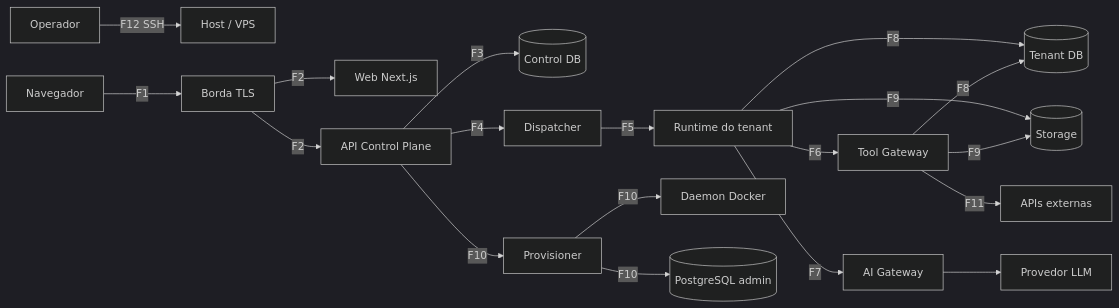
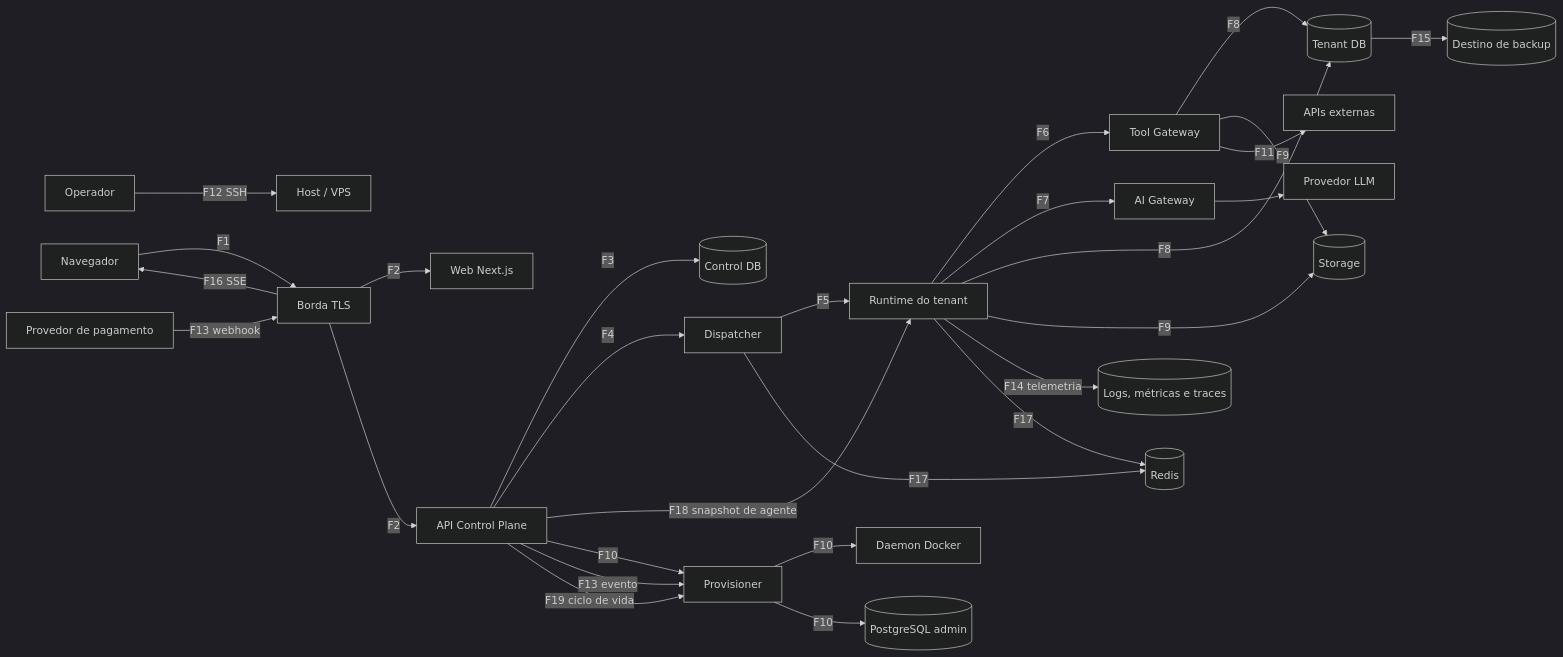
Before and after one commit to ViniciusBernucci/nucleos: the diagram in documentacoes/seguranca/2026-10-25-threat-model-stride-por-fronteira.md, drawn with Mermaid (dark theme). The commit also changed other lines of this file and 3 other files, not shown here.

````diff
--- a/documentacoes/seguranca/2026-10-25-threat-model-stride-por-fronteira.md
+++ b/documentacoes/seguranca/2026-10-25-threat-model-stride-por-fronteira.md
@@ -18,21 +18,30 @@
 ```mermaid
 flowchart LR
   op[Operador] -- F12 SSH --> host[Host / VPS]
   nav[Navegador] -- F1 --> edge[Borda TLS]
+  pay[Provedor de pagamento] -- F13 webhook --> edge
   edge -- F2 --> web[Web Next.js]
   edge -- F2 --> api[API Control Plane]
+  edge -- F16 SSE --> nav
   api -- F3 --> cdb[(Control DB)]
   api -- F4 --> disp[Dispatcher]
   disp -- F5 --> rt[Runtime do tenant]
+  api -- F18 snapshot de agente --> rt
   rt -- F6 --> tgw[Tool Gateway]
   rt -- F7 --> aig[AI Gateway]
   aig --> llm[Provedor LLM]
   rt -- F8 --> tdb[(Tenant DB)]
   tgw -- F8 --> tdb
   rt -- F9 --> st[(Storage)]
   tgw -- F9 --> st
   api -- F10 --> prv[Provisioner]
+  api -- F13 evento --> prv
+  api -- F19 ciclo de vida --> prv
   prv -- F10 --> dk[Daemon Docker]
   prv -- F10 --> adm[(PostgreSQL admin)]
   tgw -- F11 --> ext[APIs externas]
+  rt -- F14 telemetria --> obs[(Logs, métricas e traces)]
+  tdb -- F15 --> bkp[(Destino de backup)]
+  rt -- F17 --> rds[(Redis)]
+  disp -- F17 --> rds
 ```
````
